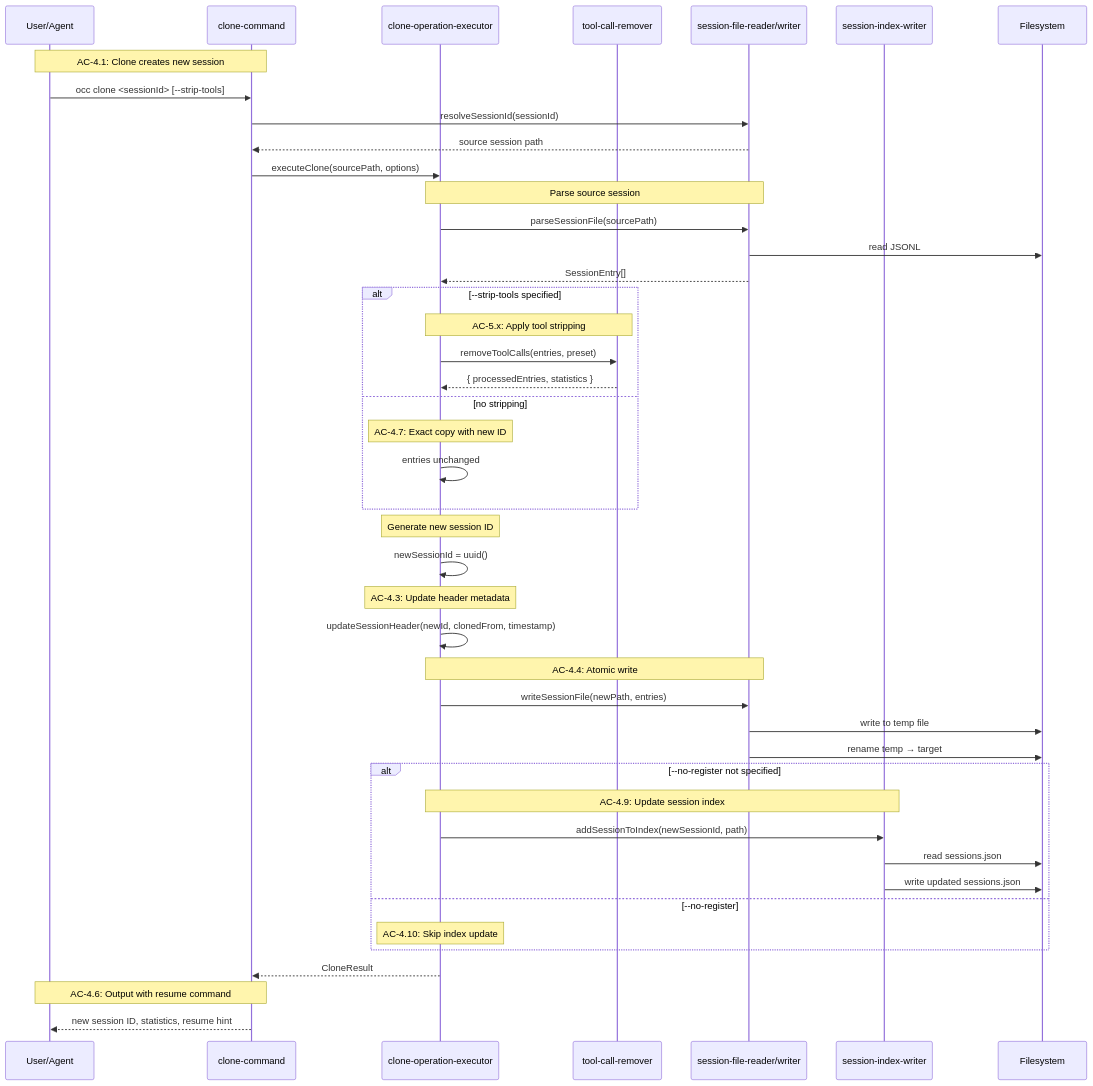
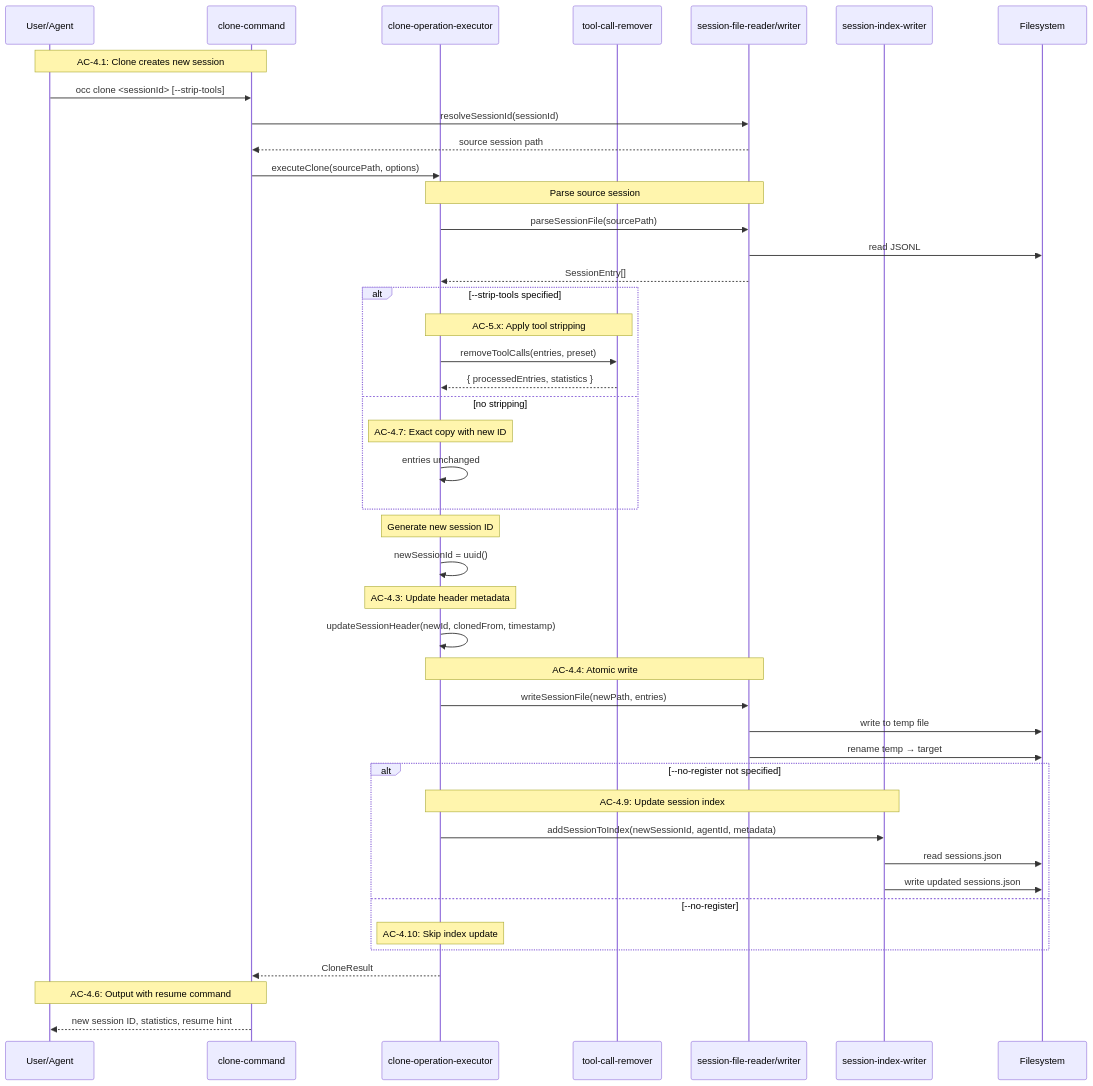
One commit to liminal-ai/oc-context-cleaner changed the second of 6 diagrams in docs/tech-design.md. Above: the diagram before and after it, drawn with Mermaid. The commit also changed other lines of this file and 76 other files, not shown here.

````diff
--- a/docs/tech-design.md
+++ b/docs/tech-design.md
@@ -466,56 +466,56 @@
 ```mermaid
 sequenceDiagram
     participant User as User/Agent
     participant CLI as clone-command
     participant Exec as clone-operation-executor
     participant Remover as tool-call-remover
     participant IO as session-file-reader/writer
     participant Index as session-index-writer
     participant FS as Filesystem
 
     Note over User,CLI: AC-4.1: Clone creates new session
     User->>CLI: occ clone <sessionId> [--strip-tools]
     CLI->>IO: resolveSessionId(sessionId)
     IO-->>CLI: source session path
 
     CLI->>Exec: executeClone(sourcePath, options)
 
     Note over Exec,IO: Parse source session
     Exec->>IO: parseSessionFile(sourcePath)
     IO->>FS: read JSONL
     IO-->>Exec: SessionEntry[]
 
     alt --strip-tools specified
         Note over Exec,Remover: AC-5.x: Apply tool stripping
         Exec->>Remover: removeToolCalls(entries, preset)
         Remover-->>Exec: { processedEntries, statistics }
     else no stripping
         Note over Exec: AC-4.7: Exact copy with new ID
         Exec->>Exec: entries unchanged
     end
 
     Note over Exec: Generate new session ID
     Exec->>Exec: newSessionId = uuid()
 
     Note over Exec: AC-4.3: Update header metadata
     Exec->>Exec: updateSessionHeader(newId, clonedFrom, timestamp)
 
     Note over Exec,IO: AC-4.4: Atomic write
     Exec->>IO: writeSessionFile(newPath, entries)
     IO->>FS: write to temp file
     IO->>FS: rename temp → target
 
     alt --no-register not specified
         Note over Exec,Index: AC-4.9: Update session index
-        Exec->>Index: addSessionToIndex(newSessionId, path)
+        Exec->>Index: addSessionToIndex(newSessionId, agentId, metadata)
         Index->>FS: read sessions.json
         Index->>FS: write updated sessions.json
     else --no-register
         Note over Exec: AC-4.10: Skip index update
     end
 
     Exec-->>CLI: CloneResult
 
     Note over CLI,User: AC-4.6: Output with resume command
     CLI-->>User: new session ID, statistics, resume hint
 ```
````
